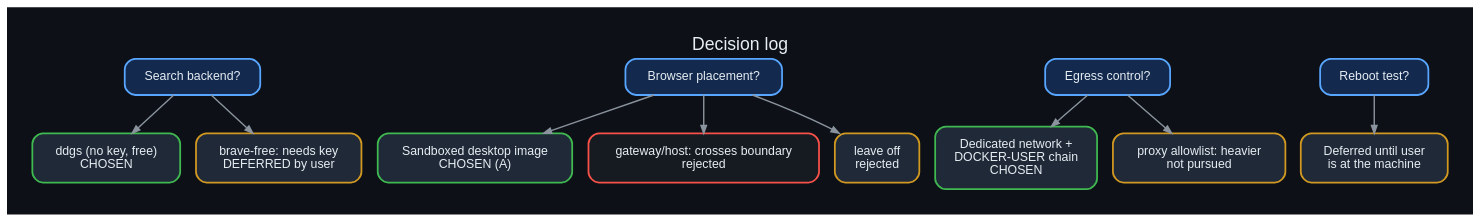
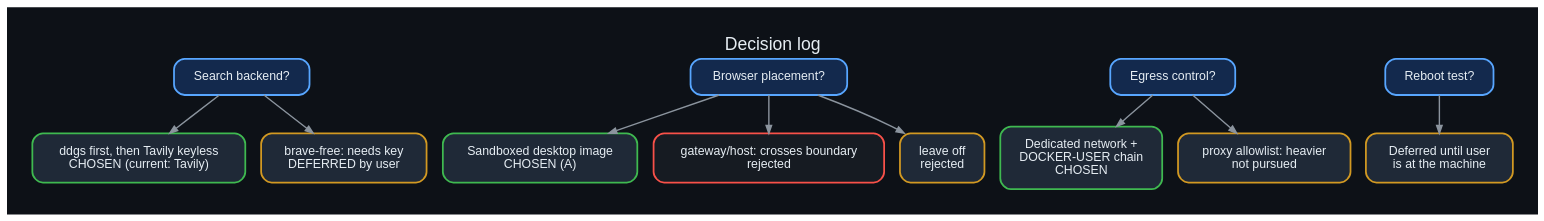
Before and after one commit to danindiana/hermes-web-search-ddgs: the diagram in diagrams/46_decision_log.dot, drawn with Graphviz. The commit also changed 20 other files, not shown here.

Commit message:
Document Tavily keyless trial (search kept, extract rejected) and Google PSE status; diagrams 53-54

```diff
--- a/diagrams/46_decision_log.dot
+++ b/diagrams/46_decision_log.dot
@@ -1,12 +1,12 @@
 digraph g {
 graph [bgcolor="#0d1117", rankdir=LR, fontname="Helvetica", fontcolor="#e6edf3", labelloc="t", fontsize=20, pad=0.4];
 node  [fontname="Helvetica", fontcolor="#e6edf3", color="#30363d", style="filled,rounded", shape=box, penwidth=2, margin="0.25,0.18", fillcolor="#161b22"];
 edge  [color="#8b949e", fontname="Helvetica", fontcolor="#adbac7", penwidth=1.6, arrowsize=0.9];
 label="Decision log";
 rankdir=TB;
-d1 [label="Search backend?", color="#58a6ff", fillcolor="#13294d"]; a1 [label="ddgs (no key, free)\nCHOSEN", color="#3fb950", fillcolor="#1f2937"]; a1b [label="brave-free: needs key\nDEFERRED by user", color="#d29922", fillcolor="#1f2937"];
+d1 [label="Search backend?", color="#58a6ff", fillcolor="#13294d"]; a1 [label="ddgs first, then Tavily keyless\nCHOSEN (current: Tavily)", color="#3fb950", fillcolor="#1f2937"]; a1b [label="brave-free: needs key\nDEFERRED by user", color="#d29922", fillcolor="#1f2937"];
 d2 [label="Browser placement?", color="#58a6ff", fillcolor="#13294d"]; a2 [label="Sandboxed desktop image\nCHOSEN (A)", color="#3fb950", fillcolor="#1f2937"]; a2b [label="gateway/host: crosses boundary\nrejected", color="#f85149"]; a2c [label="leave off\nrejected", color="#d29922", fillcolor="#1f2937"];
 d3 [label="Egress control?", color="#58a6ff", fillcolor="#13294d"]; a3 [label="Dedicated network +\nDOCKER-USER chain\nCHOSEN", color="#3fb950", fillcolor="#1f2937"]; a3b [label="proxy allowlist: heavier\nnot pursued", color="#d29922", fillcolor="#1f2937"];
 d4 [label="Reboot test?", color="#58a6ff", fillcolor="#13294d"]; a4 [label="Deferred until user\nis at the machine", color="#d29922", fillcolor="#1f2937"];
 d1->a1; d1->a1b; d2->a2; d2->a2b; d2->a2c; d3->a3; d3->a3b; d4->a4;
 }
```
